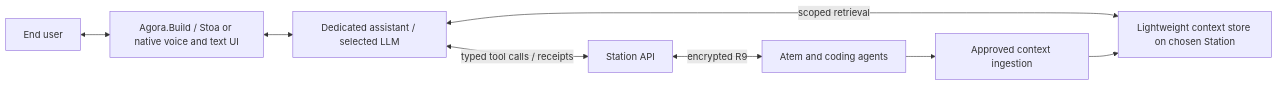
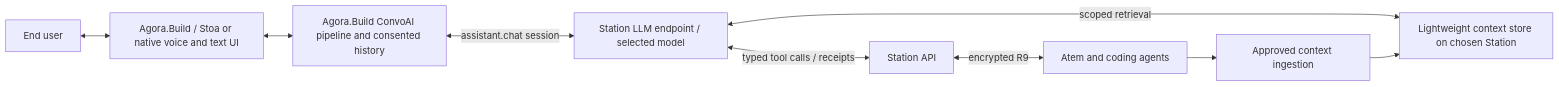
One commit to Agora-Build/Astation changed the second of 2 diagrams in designs/unified-integrations.md. Above: the diagram before and after it, drawn with Mermaid. The commit also changed other lines of this file and 9 other files, not shown here.

````diff
--- a/designs/unified-integrations.md
+++ b/designs/unified-integrations.md
@@ -530,10 +585,11 @@
 ```mermaid
 flowchart LR
     User[End user] <--> UI[Agora.Build / Stoa or native voice and text UI]
-    UI <--> Assistant[Dedicated assistant / selected LLM]
+    UI <--> Voice[Agora.Build ConvoAI pipeline and consented history]
+    Voice <-->|assistant.chat session| Assistant[Station LLM endpoint / selected model]
     Assistant <-->|scoped retrieval| Context[Lightweight context store on chosen Station]
     Assistant <-->|typed tool calls / receipts| API[Station API]
     API <-->|encrypted R9| Atem[Atem and coding agents]
     Atem --> Export[Approved context ingestion]
     Export --> Context
 ```
````
